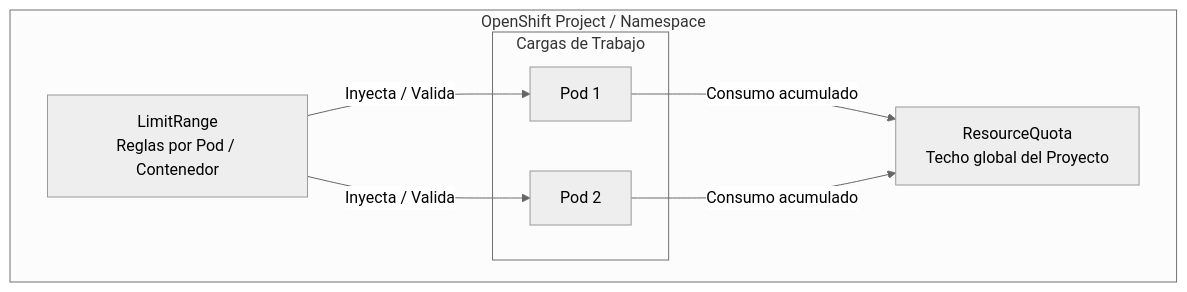
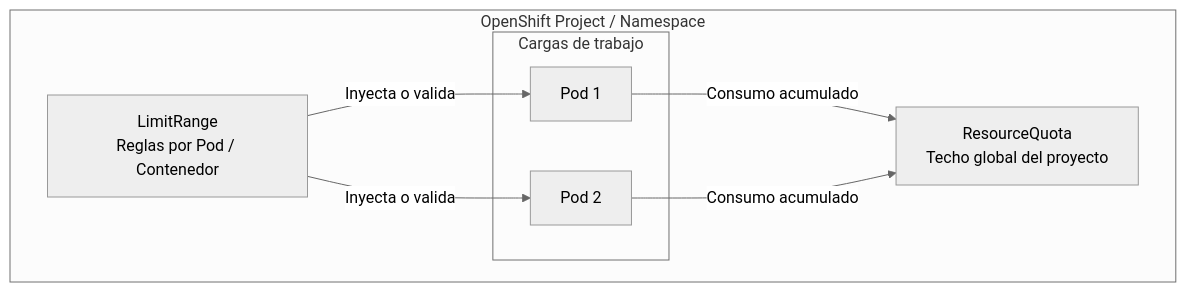
The first of 7 diagrams in docs/sesion4/4.2 Recursoso, cuotas y ubicación.md (ieftraining/curso-openshift), drawn with Mermaid (neutral theme) before and after one commit. The commit also changed other lines of this file, not shown here.

````diff
--- a/docs/sesion4/4.2 Recursoso, cuotas y ubicación.md
+++ b/docs/sesion4/4.2 Recursoso, cuotas y ubicación.md
@@ -25,17 +29,16 @@
 ```mermaid
 flowchart TD
-    subgraph OpenShift Project / Namespace
-        A[LimitRange<br>Reglas por Pod / Contenedor]
-        B[ResourceQuota<br>Techo global del Proyecto]
-
-        subgraph Cargas de Trabajo
+    subgraph Proyecto[OpenShift Project / Namespace]
+        A[LimitRange<br/>Reglas por Pod / Contenedor]
+        B[ResourceQuota<br/>Techo global del proyecto]
+        subgraph Cargas[Cargas de trabajo]
             P1[Pod 1]
             P2[Pod 2]
         end
     end
 
-    A -->|Inyecta / Valida| P1
-    A -->|Inyecta / Valida| P2
+    A -->|Inyecta o valida| P1
+    A -->|Inyecta o valida| P2
     P1 -->|Consumo acumulado| B
     P2 -->|Consumo acumulado| B
 ```
````
